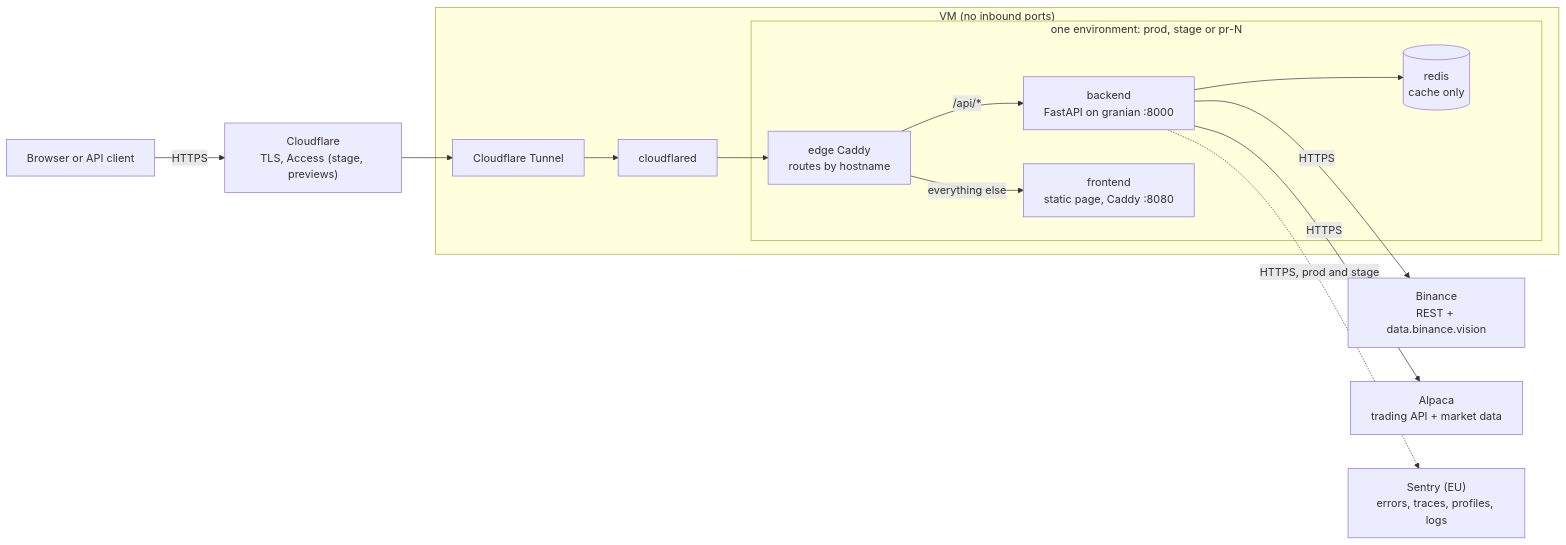
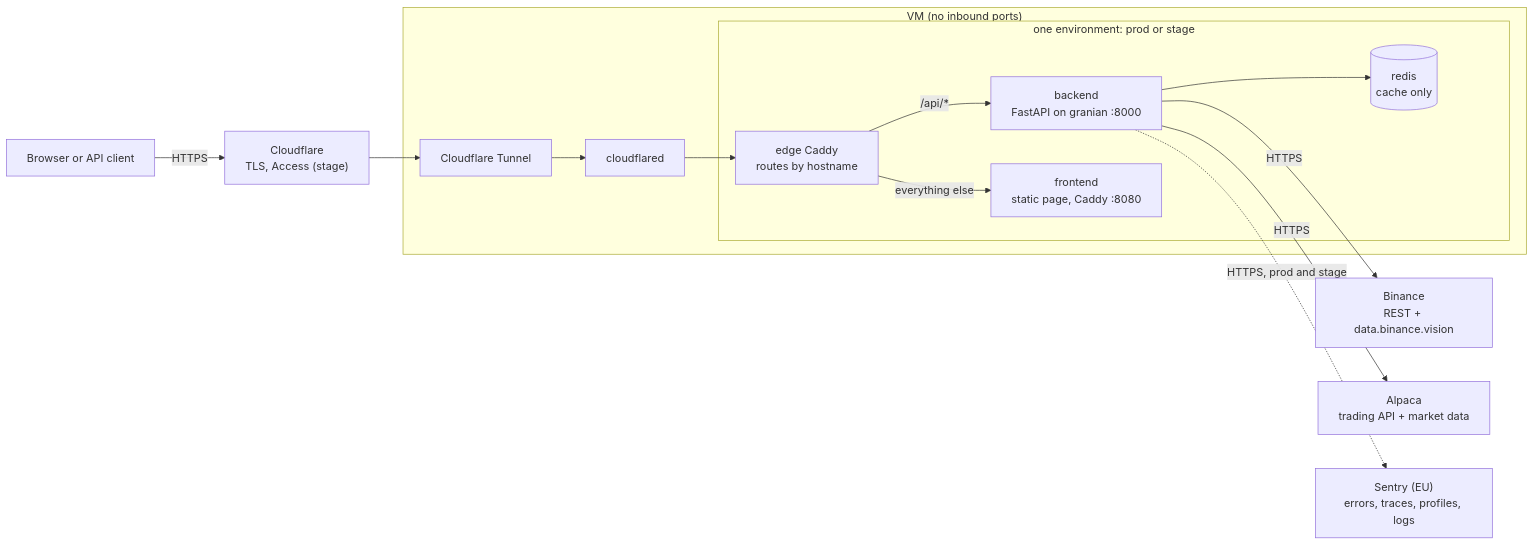
Before and after one commit to CandleStack-FEI-STU/candlestack: the diagram in docs/architecture.md, drawn with Mermaid. The commit also changed other lines of this file and 29 other files, not shown here.

````diff
--- a/docs/architecture.md
+++ b/docs/architecture.md
@@ -17,17 +16,17 @@
 ```mermaid
 flowchart LR
-    browser["Browser or API client"] -->|HTTPS| cf["Cloudflare<br/>TLS, Access (stage, previews)"]
+    browser["Browser or API client"] -->|HTTPS| cf["Cloudflare<br/>TLS, Access (stage)"]
     cf --> tunnel["Cloudflare Tunnel"]
     subgraph vm["VM (no inbound ports)"]
         tunnel --> cloudflared["cloudflared"]
         cloudflared --> caddy["edge Caddy<br/>routes by hostname"]
-        subgraph envbox["one environment: prod, stage or pr-N"]
+        subgraph envbox["one environment: prod or stage"]
             caddy -->|"/api/*"| backend["backend<br/>FastAPI on granian :8000"]
             caddy -->|"everything else"| frontend["frontend<br/>static page, Caddy :8080"]
             backend --> redis[("redis<br/>cache only")]
         end
     end
     backend -->|HTTPS| binance["Binance<br/>REST + data.binance.vision"]
     backend -->|HTTPS| alpaca["Alpaca<br/>trading API + market data"]
     backend -.->|"HTTPS, prod and stage"| sentry["Sentry (EU)<br/>errors, traces, profiles, logs"]
 ```
````
